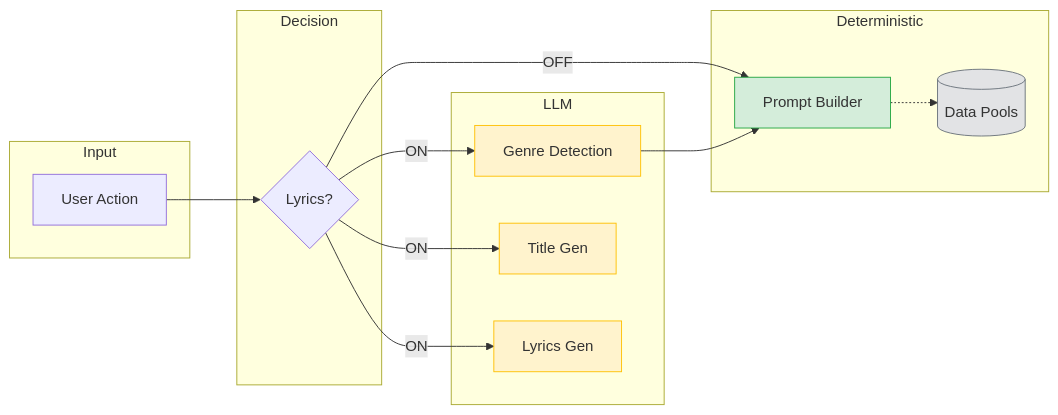
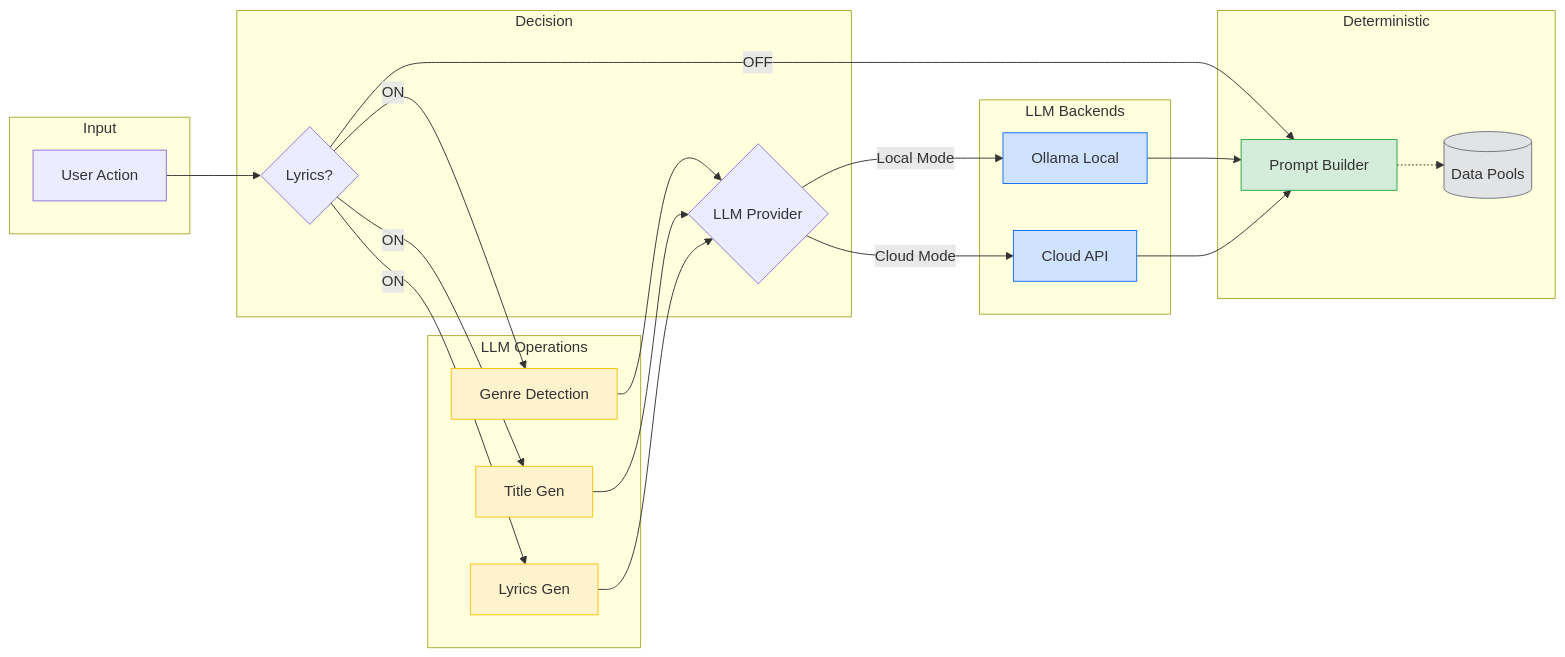
The diagram in README.md (ddv1982/suno-prompting), drawn with Mermaid before and after one commit. The commit also changed other lines of this file and 21 other files, not shown here.

Commit message:
feat: local llm / ai toggle implemented

````diff
--- a/README.md
+++ b/README.md
@@ -380,36 +428,49 @@
 ```mermaid
 flowchart LR
     subgraph Input
         UI[User Action]
     end
 
     subgraph Decision
         LYR{Lyrics?}
+        PROVIDER{LLM Provider}
     end
 
     subgraph Deterministic
         BUILD[Prompt Builder]
         DATA[(Data Pools)]
     end
 
-    subgraph LLM
+    subgraph "LLM Operations"
         GEN[Genre Detection]
         TITLE[Title Gen]
         LYRICS[Lyrics Gen]
     end
 
+    subgraph "LLM Backends"
+        OLLAMA[Ollama Local]
+        CLOUD[Cloud API]
+    end
+
     UI --> LYR
     LYR -->|OFF| BUILD
-    LYR -->|ON| GEN --> BUILD
+    LYR -->|ON| GEN
     LYR -->|ON| TITLE
     LYR -->|ON| LYRICS
+    GEN --> PROVIDER
+    TITLE --> PROVIDER
+    LYRICS --> PROVIDER
+    PROVIDER -->|Local Mode| OLLAMA --> BUILD
+    PROVIDER -->|Cloud Mode| CLOUD --> BUILD
     BUILD -.-> DATA
 
     classDef det fill:#d4edda,stroke:#28a745
     classDef ai fill:#fff3cd,stroke:#ffc107
     classDef data fill:#e2e3e5,stroke:#6c757d
+    classDef provider fill:#cfe2ff,stroke:#0d6efd
 
     class BUILD det
     class GEN,TITLE,LYRICS ai
     class DATA data
+    class OLLAMA,CLOUD provider
 ```
````
